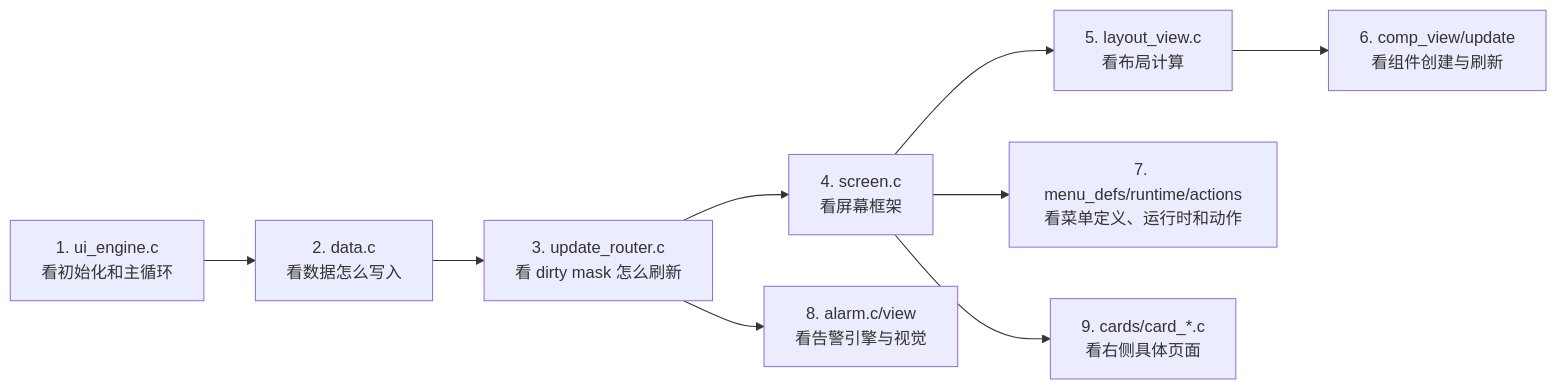
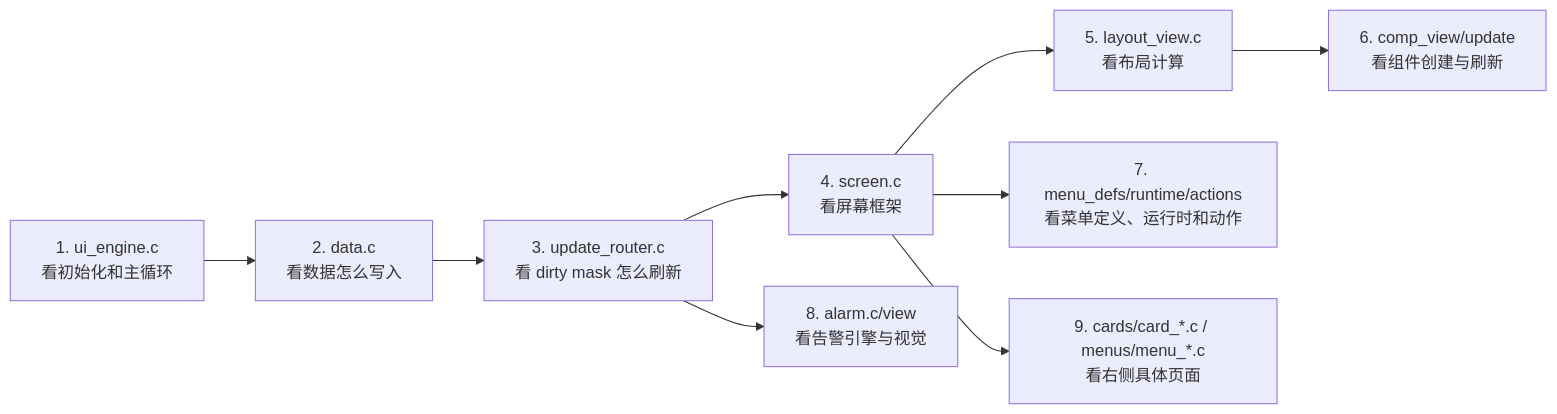
Before and after one commit to arexvision/lv_port_win_codeblocks-release-v8.3_hasGroup: the sixth of 6 diagrams in UI_html_DOC/UI_MODULE_MAP.md, drawn with Mermaid. The commit also changed other lines of this file and 11 other files, not shown here.

````diff
--- a/UI_html_DOC/UI_MODULE_MAP.md
+++ b/UI_html_DOC/UI_MODULE_MAP.md
@@ -228,11 +230,11 @@
 ```mermaid
 flowchart LR
     A["1. ui_engine.c<br/>看初始化和主循环"] --> B["2. data.c<br/>看数据怎么写入"]
     B --> C["3. update_router.c<br/>看 dirty mask 怎么刷新"]
     C --> D["4. screen.c<br/>看屏幕框架"]
     D --> E["5. layout_view.c<br/>看布局计算"]
     E --> F["6. comp_view/update<br/>看组件创建与刷新"]
     D --> G["7. menu_defs/runtime/actions<br/>看菜单定义、运行时和动作"]
     C --> H["8. alarm.c/view<br/>看告警引擎与视觉"]
-    D --> I["9. cards/card_*.c<br/>看右侧具体页面"]
+    D --> I["9. cards/card_*.c / menus/menu_*.c<br/>看右侧具体页面"]
 ```
````
